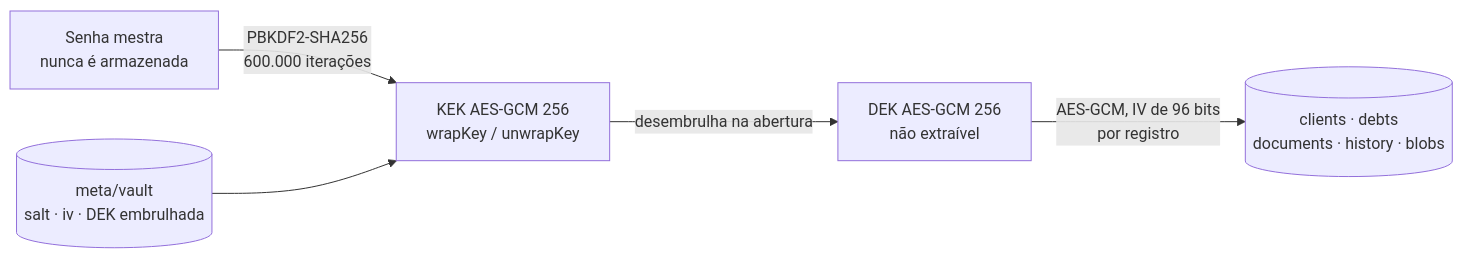
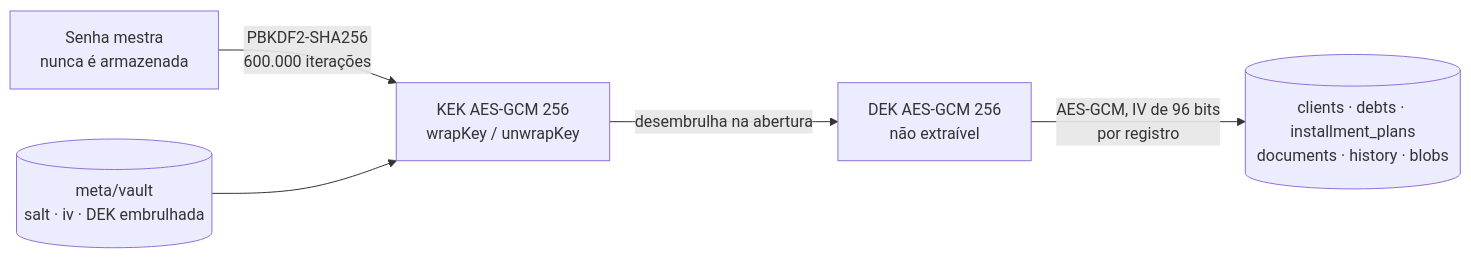
One commit to JS171555/scipione-cred-offline changed the second of 2 diagrams in README.md. Above: the diagram before and after it, drawn with Mermaid. The commit also changed other lines of this file and 19 other files, not shown here.

````diff
--- a/README.md
+++ b/README.md
@@ -235,7 +249,7 @@
 ```mermaid
 flowchart LR
   SENHA["Senha mestra<br/>nunca é armazenada"] -->|"PBKDF2-SHA256<br/>600.000 iterações"| KEK["KEK AES-GCM 256<br/>wrapKey / unwrapKey"]
   META[("meta/vault<br/>salt · iv · DEK embrulhada")] --> KEK
   KEK -->|"desembrulha na abertura"| DEK["DEK AES-GCM 256<br/>não extraível"]
-  DEK -->|"AES-GCM, IV de 96 bits<br/>por registro"| DADOS[("clients · debts<br/>documents · history · blobs")]
+  DEK -->|"AES-GCM, IV de 96 bits<br/>por registro"| DADOS[("clients · debts · installment_plans<br/>documents · history · blobs")]
 ```
````
